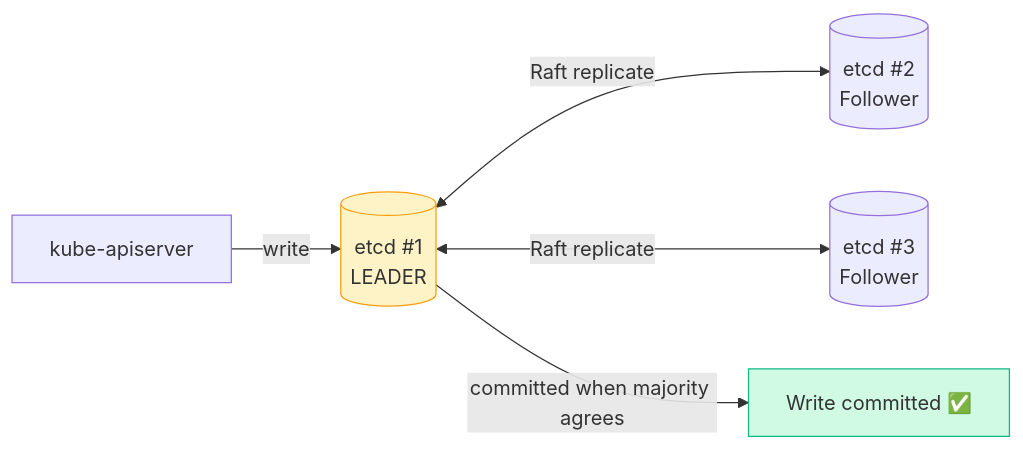
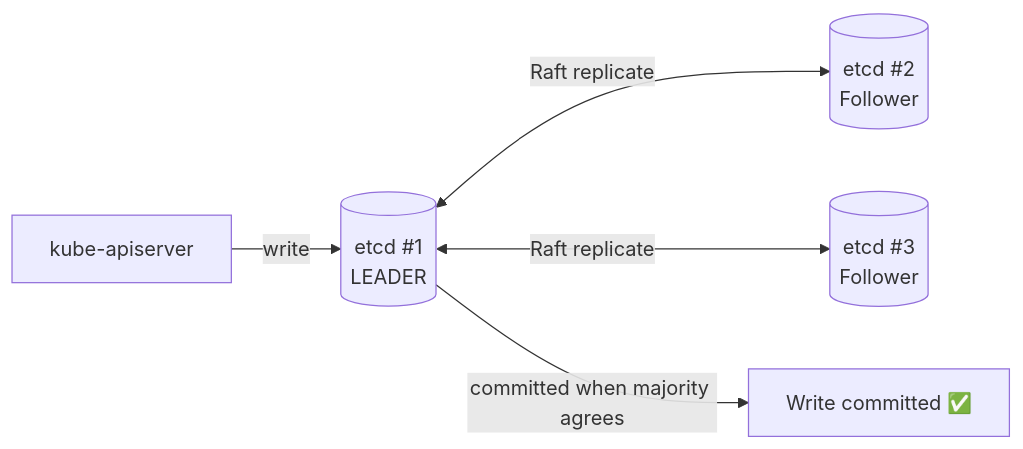
One commit to Gautam4424/k8slearn-content changed the third of 3 diagrams in content/cka/02-kubernetes-architecture-complete-reference/22-kube-apiserver-etcd/22-kube-apiserver-etcd.md. Above: the diagram before and after it, drawn with Mermaid. The commit also changed other lines of this file and 40 other files, not shown here.

Commit message:
chore: fix mermaid style regex

````diff
--- a/content/cka/02-kubernetes-architecture-complete-reference/22-kube-apiserver-etcd/22-kube-apiserver-etcd.md
+++ b/content/cka/02-kubernetes-architecture-complete-reference/22-kube-apiserver-etcd/22-kube-apiserver-etcd.md
@@ -88,9 +84,7 @@
 ```mermaid
 flowchart LR
     E1[("etcd #1\nLEADER")] <-->|Raft replicate| E2[("etcd #2\nFollower")]
     E1 <-->|Raft replicate| E3[("etcd #3\nFollower")]
     API["kube-apiserver"] -->|write| E1
     E1 -->|committed when majority agrees| DONE["Write committed ✅"]
-    style E1 fill:#fef3c7,stroke:#f59e0b
-    style DONE fill:#d1fae5,stroke:#10b981
 ```
````
